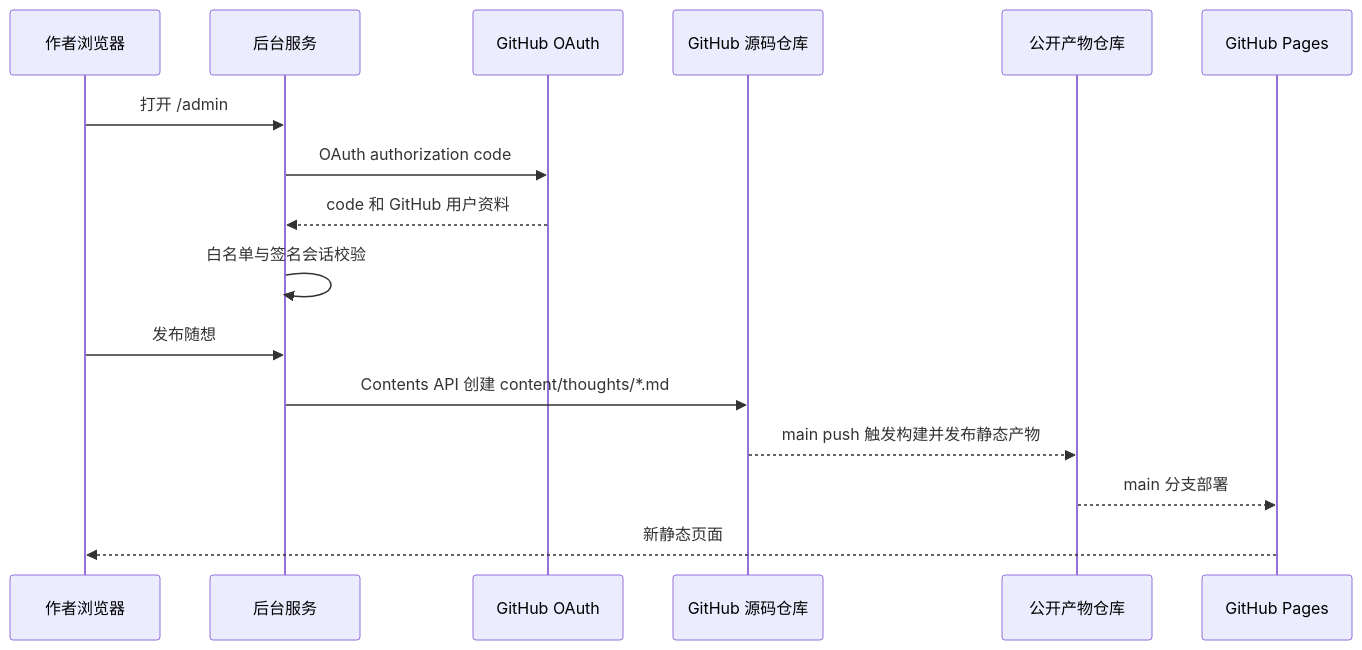
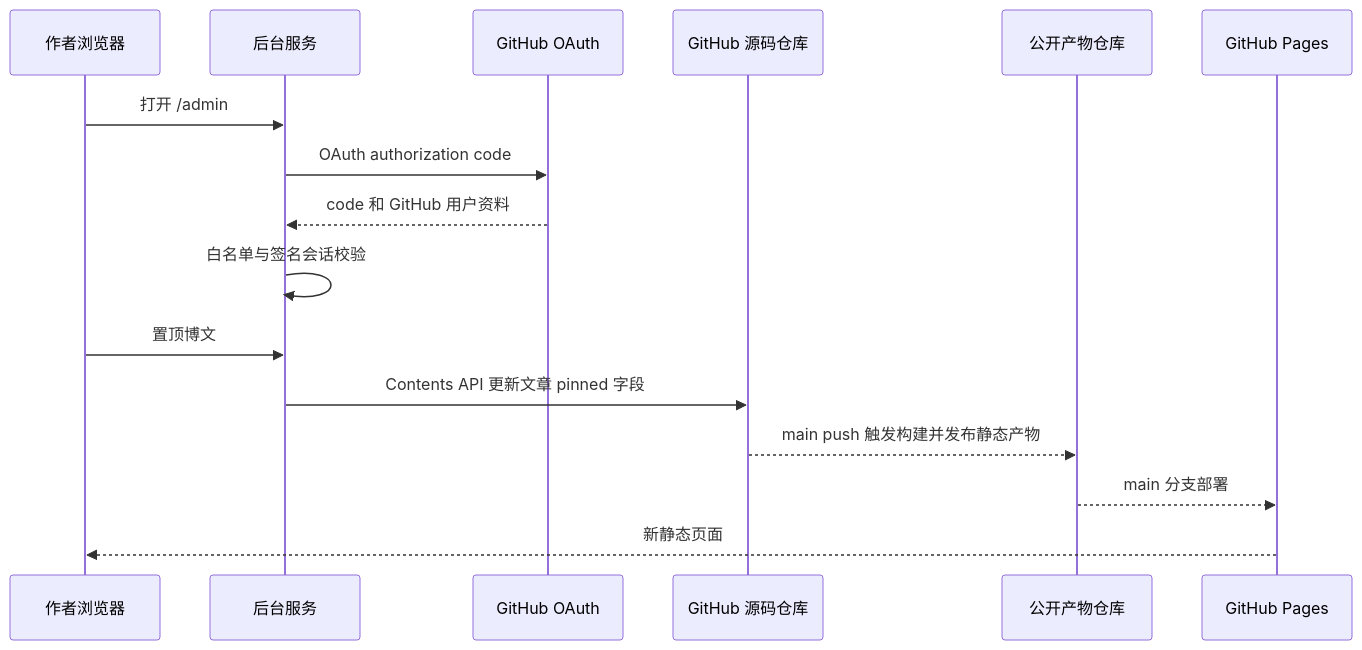
The second of 2 diagrams in docs/system-implementation.md (hedon954/garden), drawn with Mermaid before and after one commit. The commit also changed other lines of this file and 92 other files, not shown here.

Commit message:
refactor: remove the thoughts content feature end to end

````diff
--- a/docs/system-implementation.md
+++ b/docs/system-implementation.md
@@ -110,18 +108,18 @@
 ```mermaid
 sequenceDiagram
   participant U as 作者浏览器
   participant A as 后台服务
   participant O as GitHub OAuth
   participant R as GitHub 源码仓库
   participant O2 as 公开产物仓库
   participant P as GitHub Pages
   U->>A: 打开 /admin
   A->>O: OAuth authorization code
   O-->>A: code 和 GitHub 用户资料
   A->>A: 白名单与签名会话校验
-  U->>A: 发布随想
-  A->>R: Contents API 创建 content/thoughts/*.md
+  U->>A: 置顶博文
+  A->>R: Contents API 更新文章 pinned 字段
   R-->>O2: main push 触发构建并发布静态产物
   O2-->>P: main 分支部署
   P-->>U: 新静态页面
 ```
````
